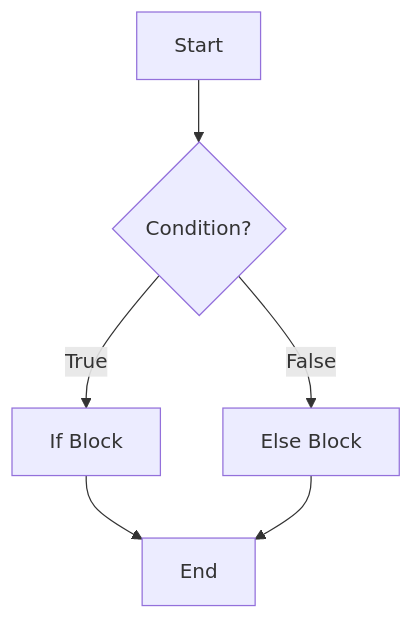
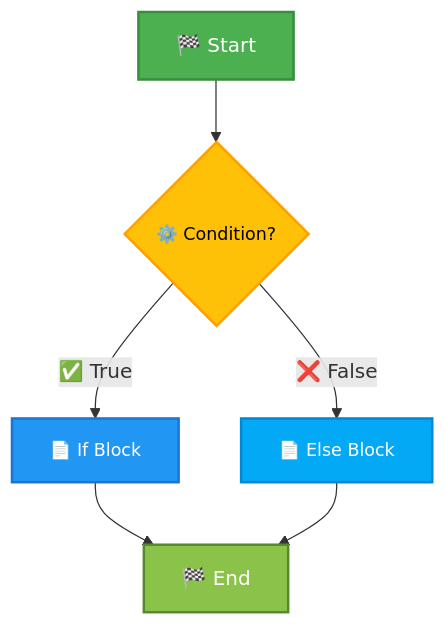
Before and after one commit to infoyouth/infoyouth.github.io: the third of 10 diagrams in _posts/2024-12-05-04.-flow-control-in-java.md, drawn with Mermaid. The commit also changed other lines of this file, not shown here.

````diff
--- a/_posts/2024-12-05-04.-flow-control-in-java.md
+++ b/_posts/2024-12-05-04.-flow-control-in-java.md
@@ -265,8 +265,16 @@
 ```mermaid
 graph TD
-    A[Start] --> B{Condition?};
-    B -- True --> C[If Block];
-    B -- False --> D[Else Block];
-    C --> E[End];
+    A[🏁 Start] --> B{⚙️ Condition?};
+    B -- ✅ True --> C[📄 If Block];
+    B -- ❌ False --> D[📄 Else Block];
+    C --> E[🏁 End];
     D --> E;
+
+    %% Node Styles
+    style A fill:#4CAF50,stroke:#388E3C,stroke-width:2px,color:#FFFFFF,font-size:16px
+    style B fill:#FFC107,stroke:#FFA000,stroke-width:2px,color:#000000,font-size:14px
+    style C fill:#2196F3,stroke:#1976D2,stroke-width:2px,color:#FFFFFF,font-size:14px
+    style D fill:#03A9F4,stroke:#0288D1,stroke-width:2px,color:#FFFFFF,font-size:14px
+    style E fill:#8BC34A,stroke:#558B2F,stroke-width:2px,color:#FFFFFF,font-size:16px
+
 ```
````
